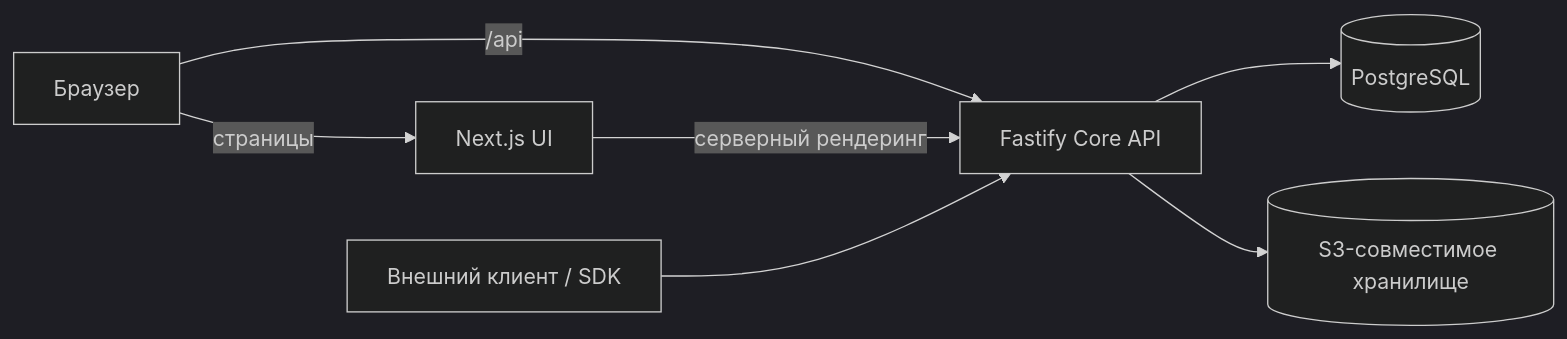
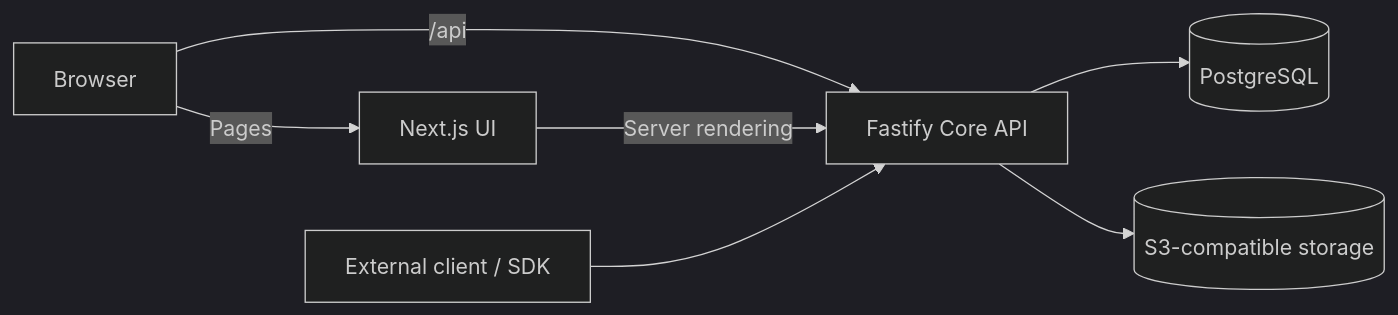
The first of 2 diagrams in docs/development/architecture.md (Asmblyr/Collaborative), drawn with Mermaid (dark theme) before and after one commit. The commit also changed other lines of this file and 147 other files, not shown here.

````diff
--- a/docs/development/architecture.md
+++ b/docs/development/architecture.md
@@ -8,9 +10,9 @@
 ```mermaid
 flowchart LR
-  Browser[Браузер] -->|страницы| UI[Next.js UI]
+  Browser[Browser] -->|Pages| UI[Next.js UI]
   Browser -->|/api| Core[Fastify Core API]
-  UI -->|серверный рендеринг| Core
-  Client[Внешний клиент / SDK] --> Core
+  UI -->|Server rendering| Core
+  Client[External client / SDK] --> Core
   Core --> PG[(PostgreSQL)]
-  Core --> Objects[(S3-совместимое хранилище)]
+  Core --> Objects[(S3-compatible storage)]
 ```
````
